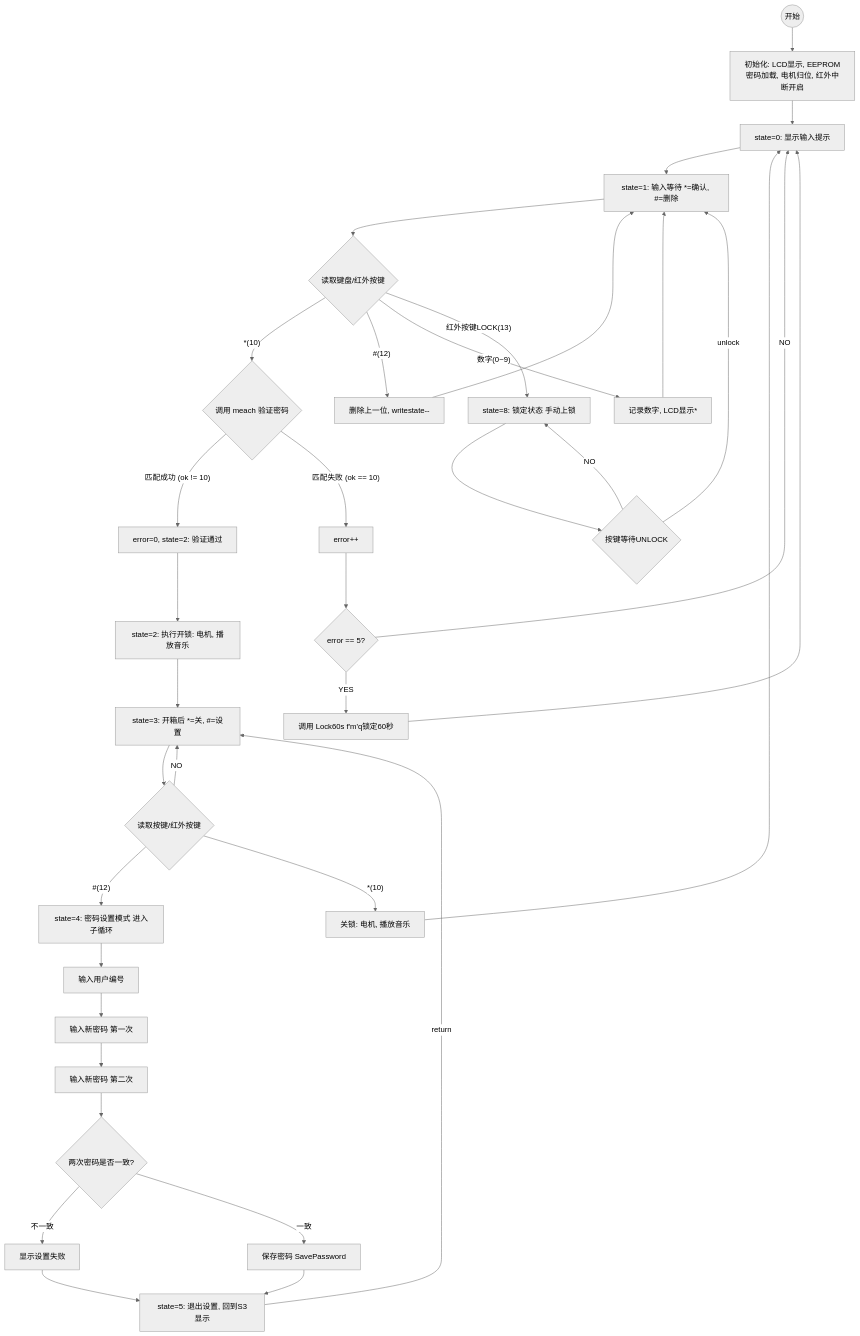
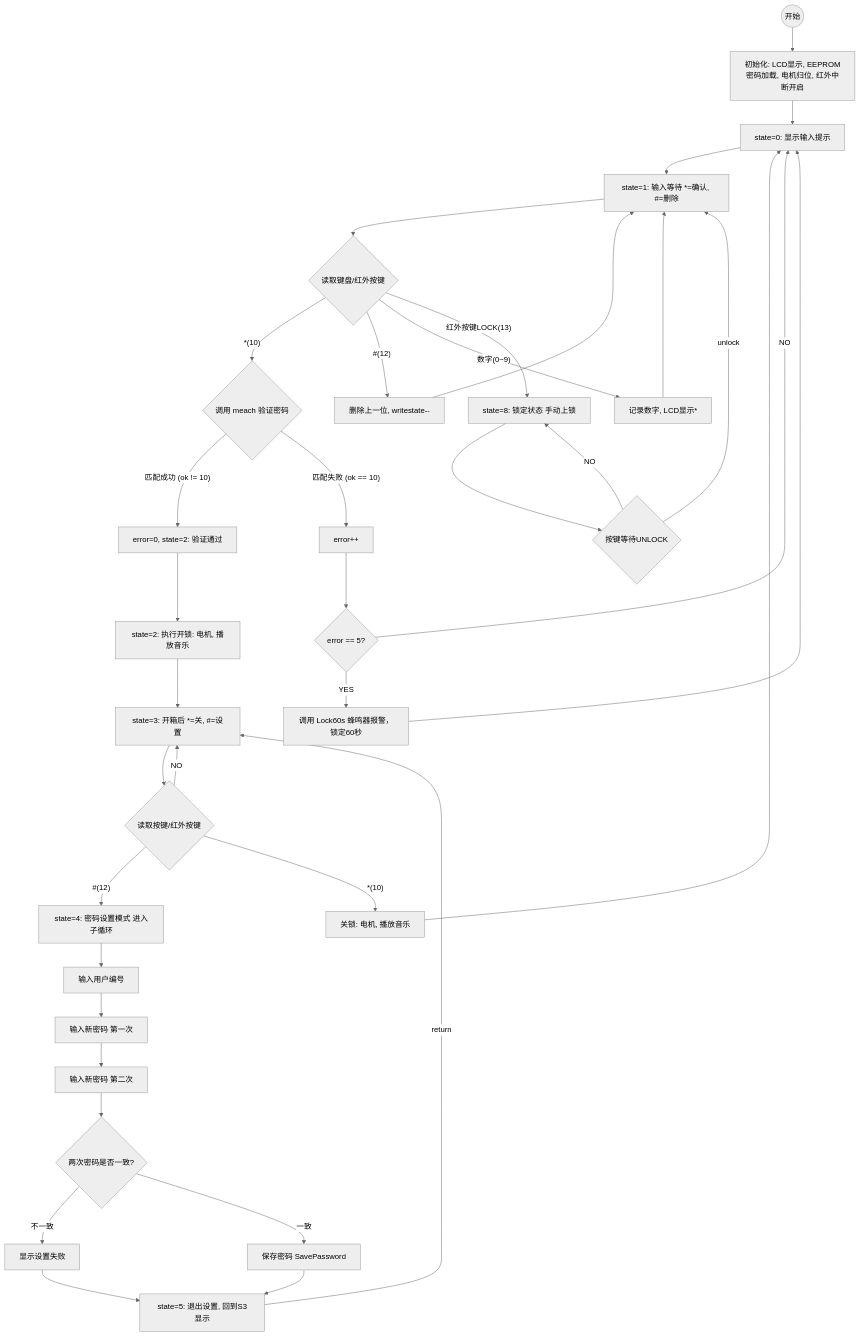
Before and after one commit to ksxyh-22/iodraw-files: the diagram in all/未命名-2.md, drawn with Mermaid (neutral theme).

Commit message:
2025-10-11 11:34:03 update

````diff
--- a/all/未命名-2.md
+++ b/all/未命名-2.md
@@ -1,80 +1,80 @@
 ```mermaid
 graph TD
     %% 状态机主流程
     START((开始)) --> INIT[初始化: LCD显示, EEPROM密码加载, 电机归位, 红外中断开启];
     INIT --> S0[state=0: 显示输入提示];
 
     %% 状态 1: 密码输入与验证 (主流程)
     S0 --> S1[state=1: 输入等待 *=确认, #=删除];
     
     S1 --> INPUT{读取键盘/红外按键};
     
     %% 验证分支
     INPUT -- *(10) --> VERIFY{调用 meach 验证密码};
 
 
     INPUT -- #(12) --> DELETE[删除上一位, writestate--];
     DELETE --> S1;
 
     
 
     %% 处理输入分支
     INPUT -- 数字(0~9) --> DIGIT[记录数字, LCD显示*];
     DIGIT --> S1;
 
     
 
     
 
     
     VERIFY -- 匹配成功 (ok != 10) --> S2_SUCCESS[error=0, state=2: 验证通过];
     
     %% 失败和错误处理 (分支到右侧)
     VERIFY -- 匹配失败 (ok == 10) --> ERROR_COUNT[error++];
     
     ERROR_COUNT --> CHECK_ERRORS{error == 5?};
     
     CHECK_ERRORS -- NO --> S0;
 
-    CHECK_ERRORS -- YES --> LOCK_60s[调用 Lock60s f'm'q锁定60秒];
+    CHECK_ERRORS -- YES --> LOCK_60s[调用 Lock60s 蜂鸣器报警，锁定60秒];
     LOCK_60s --> S0;
 
     %% 状态 2, 3, 5: 开锁后的操作 (主流程)
     S2_SUCCESS --> S2_OPEN[state=2: 执行开锁: 电机, 播放音乐];
     S2_OPEN --> S3[state=3: 开箱后 *=关, #=设置];
 
     S3 --> POST_KEY{读取按键/红外按键};
     
     POST_KEY -- NO --> S3;
     
     POST_KEY -- #(12) --> S4[state=4: 密码设置模式 进入子循环];
 
     POST_KEY -- *(10) --> S3_CLOSE[关锁: 电机, 播放音乐];
     S3_CLOSE --> S0;
     
     
 
     %% 状态 4: 密码设置 (子流程)
     S4 --> S4_USER[输入用户编号];
     S4_USER --> S4_PASS1[输入新密码 第一次];
     S4_PASS1 --> S4_PASS2[输入新密码 第二次];
 
     S4_PASS2 --> S4_CHECK{两次密码是否一致?};
     
     S4_CHECK -- 不一致 --> S4_FAIL[显示设置失败];
     S4_FAIL --> S5[state=5: 退出设置, 回到S3显示];
 
     S4_CHECK -- 一致 --> S4_SAVE[保存密码 SavePassword];
     S4_SAVE --> S5;
     
     S5 -- return --> S3; 
     
     %% 手动锁定 (分支到右侧)
     INPUT -- 红外按键LOCK(13) --> S8;
 
     %% 状态 8: 锁定状态 (独立循环)
     S8[state=8: 锁定状态 手动上锁] --> S8_WAIT{按键等待UNLOCK};
     
     S8_WAIT -- NO --> S8;
     S8_WAIT -- unlock --> S1;
 ```
````
